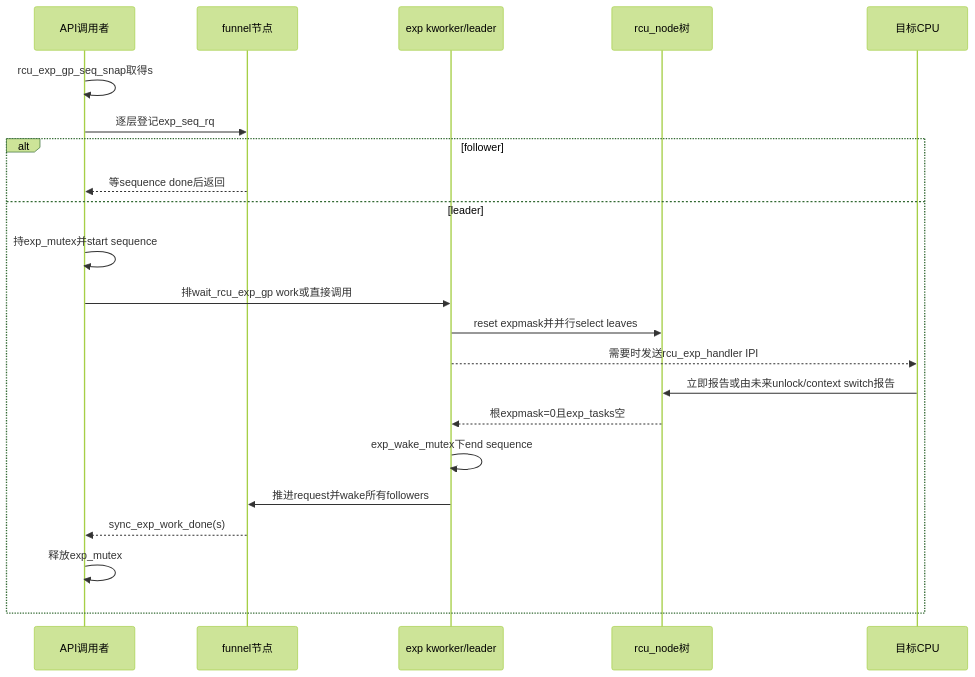
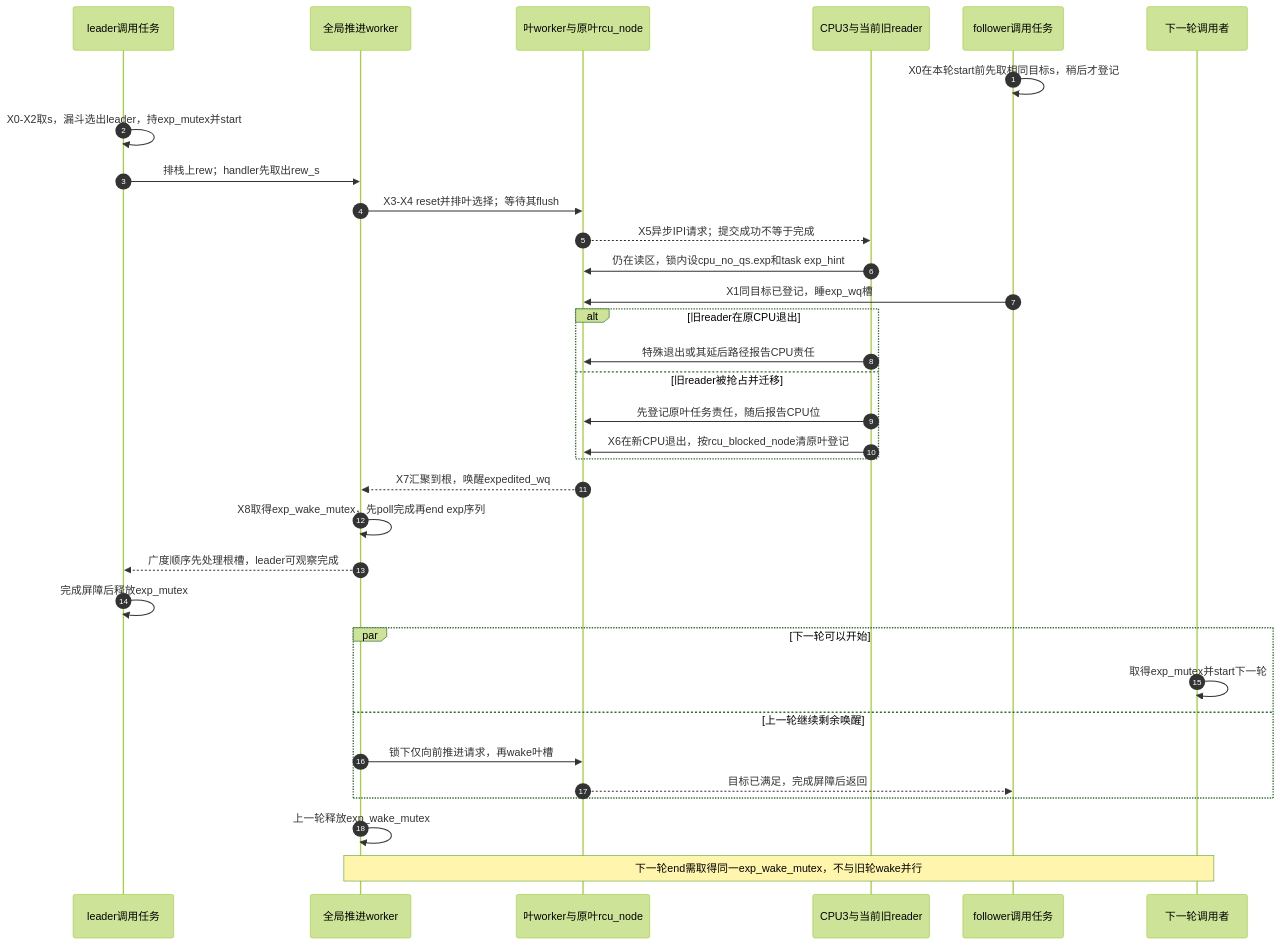
The second of 2 diagrams in research/source_reading/rcu/source_explanations/P08_Linux_6.12_Tree_RCU_Expedited_GP源码实现.md (FormingSystem/linux_note), drawn with Mermaid (forest theme) before and after one commit. The commit also changed other lines of this file and 3 other files, not shown here.

````diff
--- a/research/source_reading/rcu/source_explanations/P08_Linux_6.12_Tree_RCU_Expedited_GP源码实现.md
+++ b/research/source_reading/rcu/source_explanations/P08_Linux_6.12_Tree_RCU_Expedited_GP源码实现.md
@@ -504,25 +855,35 @@
 ```mermaid
 sequenceDiagram
-    participant C as API调用者
-    participant F as funnel节点
-    participant W as exp kworker/leader
-    participant N as rcu_node树
-    participant X as 目标CPU
-
-    C->>C: rcu_exp_gp_seq_snap取得s
-    C->>F: 逐层登记exp_seq_rq
-    alt follower
-        F-->>C: 等sequence done后返回
-    else leader
-        C->>C: 持exp_mutex并start sequence
-        C->>W: 排wait_rcu_exp_gp work或直接调用
-        W->>N: reset expmask并并行select leaves
-        W-->>X: 需要时发送rcu_exp_handler IPI
-        X->>N: 立即报告或由未来unlock/context switch报告
-        N-->>W: 根expmask=0且exp_tasks空
-        W->>W: exp_wake_mutex下end sequence
-        W->>F: 推进request并wake所有followers
-        F-->>C: sync_exp_work_done(s)
-        C->>C: 释放exp_mutex
+    autonumber
+    participant A as leader调用任务
+    participant W as 全局推进worker
+    participant L as 叶worker与原叶rcu_node
+    participant C as CPU3与当前旧reader
+    participant F as follower调用任务
+    participant B as 下一轮调用者
+    F->>F: X0在本轮start前先取相同目标s，稍后才登记
+    A->>A: X0-X2取s，漏斗选出leader，持exp_mutex并start
+    A->>W: 排栈上rew；handler先取出rew_s
+    W->>L: X3-X4 reset并排叶选择；等待其flush
+    L-->>C: X5异步IPI请求；提交成功不等于完成
+    C->>L: 仍在读区，锁内设cpu_no_qs.exp和task exp_hint
+    F->>L: X1同目标已登记，睡exp_wq槽
+    alt 旧reader在原CPU退出
+        C->>L: 特殊退出或其延后路径报告CPU责任
+    else 旧reader被抢占并迁移
+        C->>L: 先登记原叶任务责任，随后报告CPU位
+        C->>L: X6在新CPU退出，按rcu_blocked_node清原叶登记
     end
+    L-->>W: X7汇聚到根，唤醒expedited_wq
+    W->>W: X8取得exp_wake_mutex，先poll完成再end exp序列
+    W-->>A: 广度顺序先处理根槽，leader可观察完成
+    A->>A: 完成屏障后释放exp_mutex
+    par 下一轮可以开始
+        B->>B: 取得exp_mutex并start下一轮
+    and 上一轮继续剩余唤醒
+        W->>L: 锁下仅向前推进请求，再wake叶槽
+        L-->>F: 目标已满足，完成屏障后返回
+    end
+    W->>W: 上一轮释放exp_wake_mutex
+    Note over W,B: 下一轮end需取得同一exp_wake_mutex，不与旧轮wake并行
 ```
````
